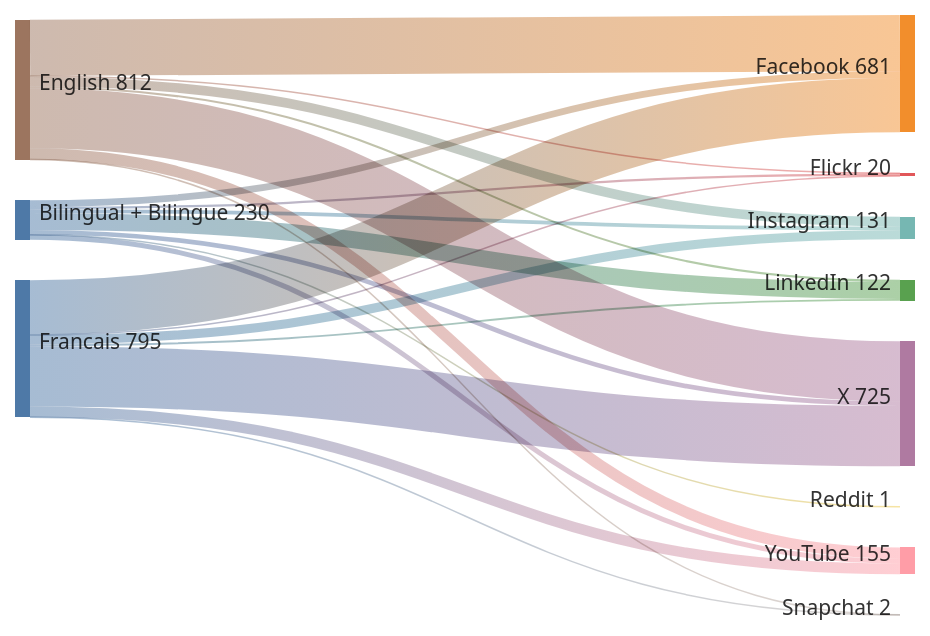
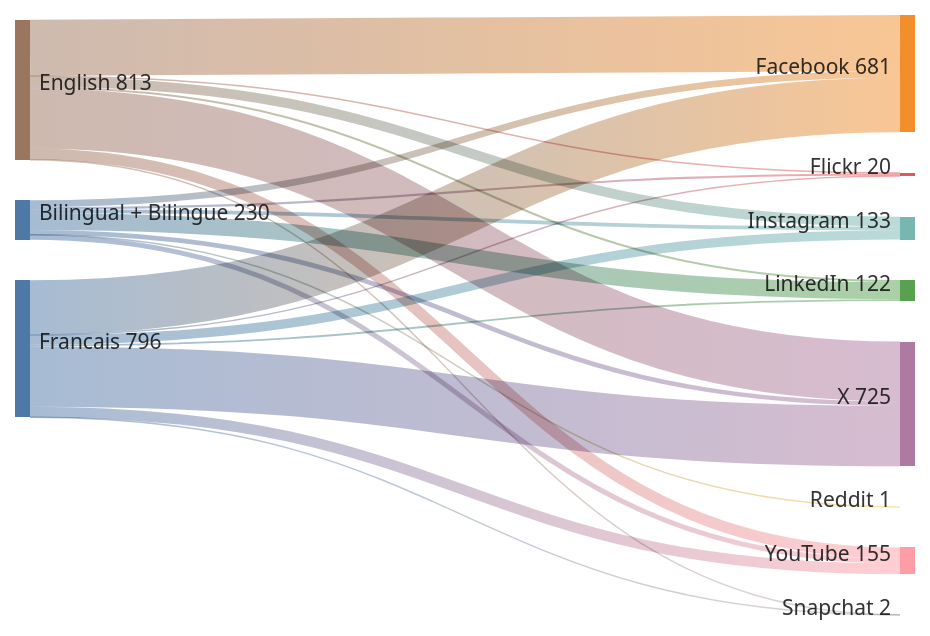
Before and after one commit to PatLittle/GC-Socials: the diagram in sankey_diagram.md, drawn with Mermaid.

Commit message:
Update Sankey diagram for the most recent day

````diff
--- a/sankey_diagram.md
+++ b/sankey_diagram.md
@@ -1,24 +1,24 @@
 ```mermaid
 sankey-beta
   Bilingual + Bilingue,Facebook,39
   Bilingual + Bilingue,Flickr,13
   Bilingual + Bilingue,Instagram,22
   Bilingual + Bilingue,LinkedIn,99
   Bilingual + Bilingue,Reddit,1
   Bilingual + Bilingue,X,27
   Bilingual + Bilingue,YouTube,29
   English,Facebook,326
   English,Flickr,4
-  English,Instagram,56
+  English,Instagram,57
   English,LinkedIn,12
   English,Snapchat,1
   English,X,348
   English,YouTube,65
   Francais,Facebook,316
   Francais,Flickr,3
-  Francais,Instagram,53
+  Francais,Instagram,54
   Francais,LinkedIn,11
   Francais,Snapchat,1
   Francais,X,350
   Francais,YouTube,61
 ```
````
